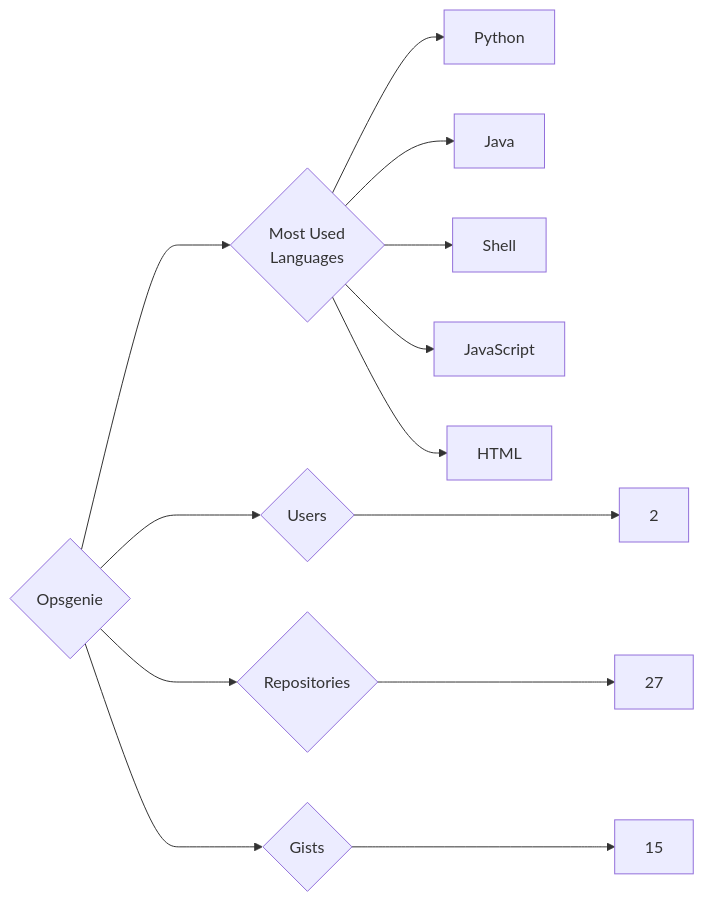
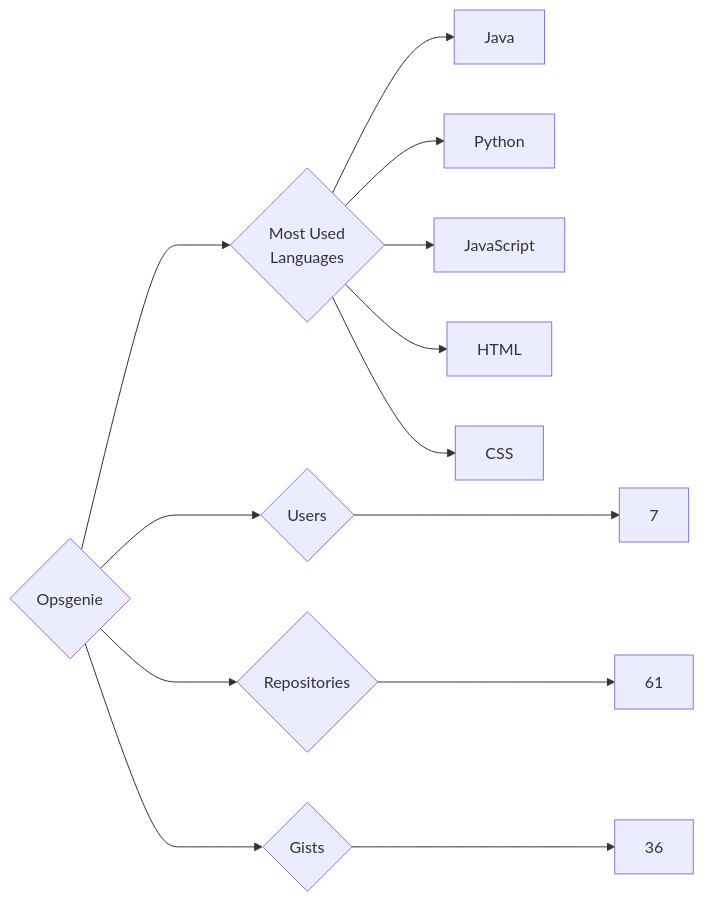
One commit to trickest/insiders changed the diagram in targets/Opsgenie/README.md. Above: the diagram before and after it, drawn with Mermaid. The commit also changed 948 other files, not shown here.

````diff
--- a/targets/Opsgenie/README.md
+++ b/targets/Opsgenie/README.md
@@ -3,13 +3,13 @@
 ```mermaid
 graph LR
 COMPANY_NAME{Opsgenie}
-COMPANY_NAME ---> U{Users} ---> UN[2]
-COMPANY_NAME ---> R{Repositories} ---> RN[27]
-COMPANY_NAME ---> G{Gists} ---> GN[15]
+COMPANY_NAME ---> U{Users} ---> UN[7]
+COMPANY_NAME ---> R{Repositories} ---> RN[61]
+COMPANY_NAME ---> G{Gists} ---> GN[36]
 COMPANY_NAME ---> ML{Most Used<br>Languages}
+ML --> Java[Java]
 ML --> Python[Python]
-ML --> Java[Java]
-ML --> Shell[Shell]
 ML --> JavaScript[JavaScript]
 ML --> HTML[HTML]
+ML --> CSS[CSS]
 ```
````
